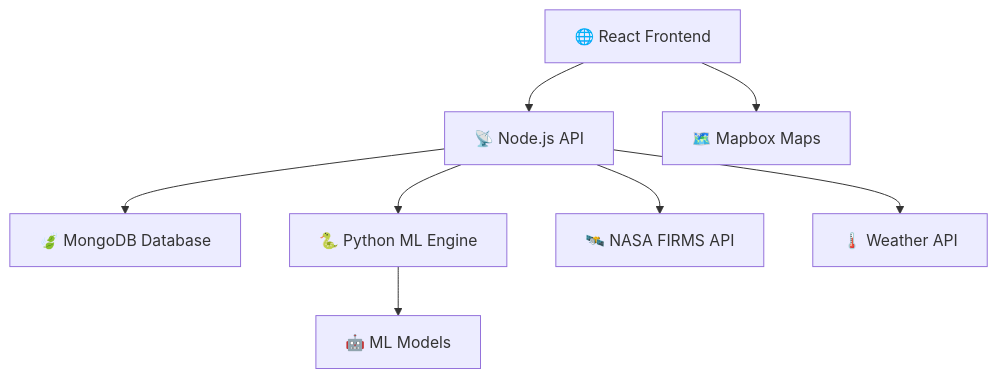
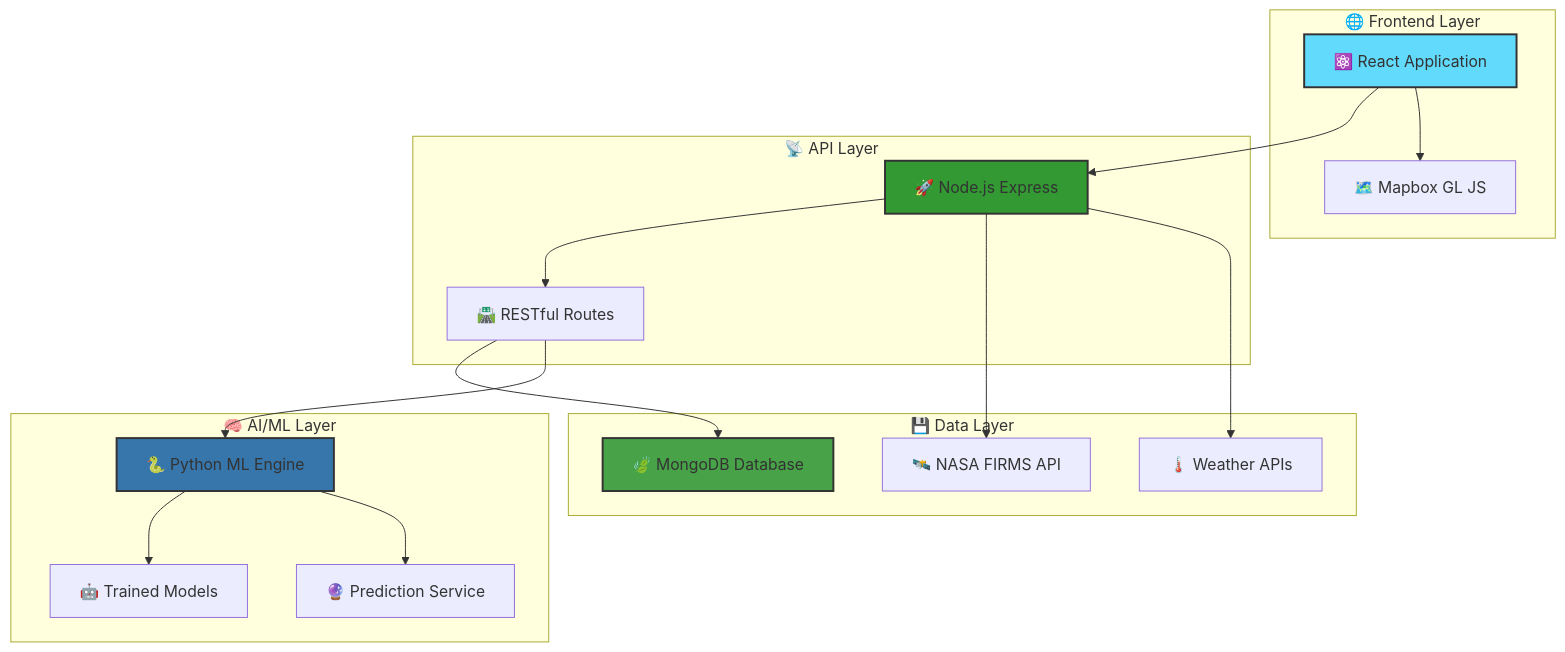
Before and after one commit to MohitPatni0731/Fire-Prediction-system: the diagram in README.md, drawn with Mermaid. The commit also changed other lines of this file, not shown here.

````diff
--- a/README.md
+++ b/README.md
@@ -169,10 +222,39 @@
 ```mermaid
 graph TB
-    A[🌐 React Frontend] --> B[📡 Node.js API]
-    B --> C[🍃 MongoDB Database]
-    B --> D[🐍 Python ML Engine]
-    B --> E[🛰️ NASA FIRMS API]
-    B --> F[🌡️ Weather API]
-    D --> G[🤖 ML Models]
-    A --> H[🗺️ Mapbox Maps]
+    subgraph "🌐 Frontend Layer"
+        A[⚛️ React Application]
+        H[🗺️ Mapbox GL JS]
+    end
+    
+    subgraph "📡 API Layer"
+        B[🚀 Node.js Express]
+        I[🛣️ RESTful Routes]
+    end
+    
+    subgraph "🧠 AI/ML Layer"
+        D[🐍 Python ML Engine]
+        G[🤖 Trained Models]
+        J[🔮 Prediction Service]
+    end
+    
+    subgraph "💾 Data Layer"
+        C[🍃 MongoDB Database]
+        E[🛰️ NASA FIRMS API]
+        F[🌡️ Weather APIs]
+    end
+    
+    A --> B
+    A --> H
+    B --> I
+    I --> C
+    I --> D
+    D --> G
+    D --> J
+    B --> E
+    B --> F
+    
+    style A fill:#61DAFB,stroke:#333,stroke-width:2px
+    style B fill:#339933,stroke:#333,stroke-width:2px
+    style D fill:#3776AB,stroke:#333,stroke-width:2px
+    style C fill:#47A248,stroke:#333,stroke-width:2px
 ```
````
